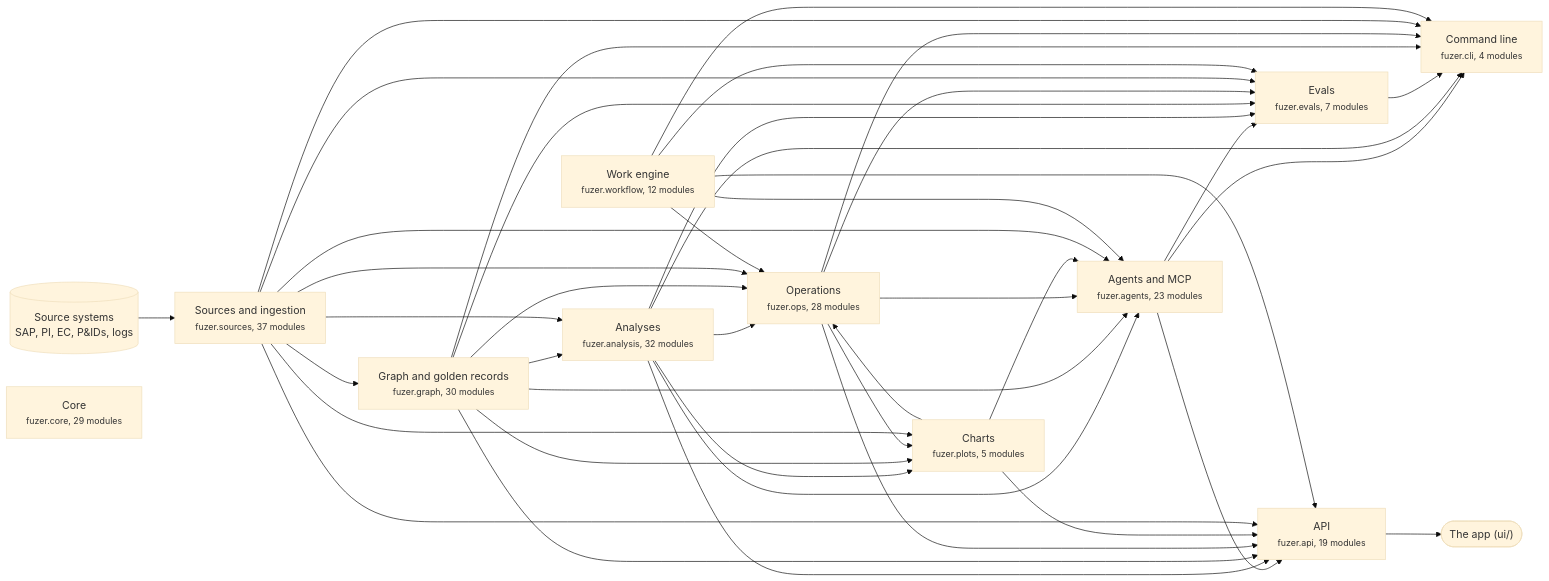
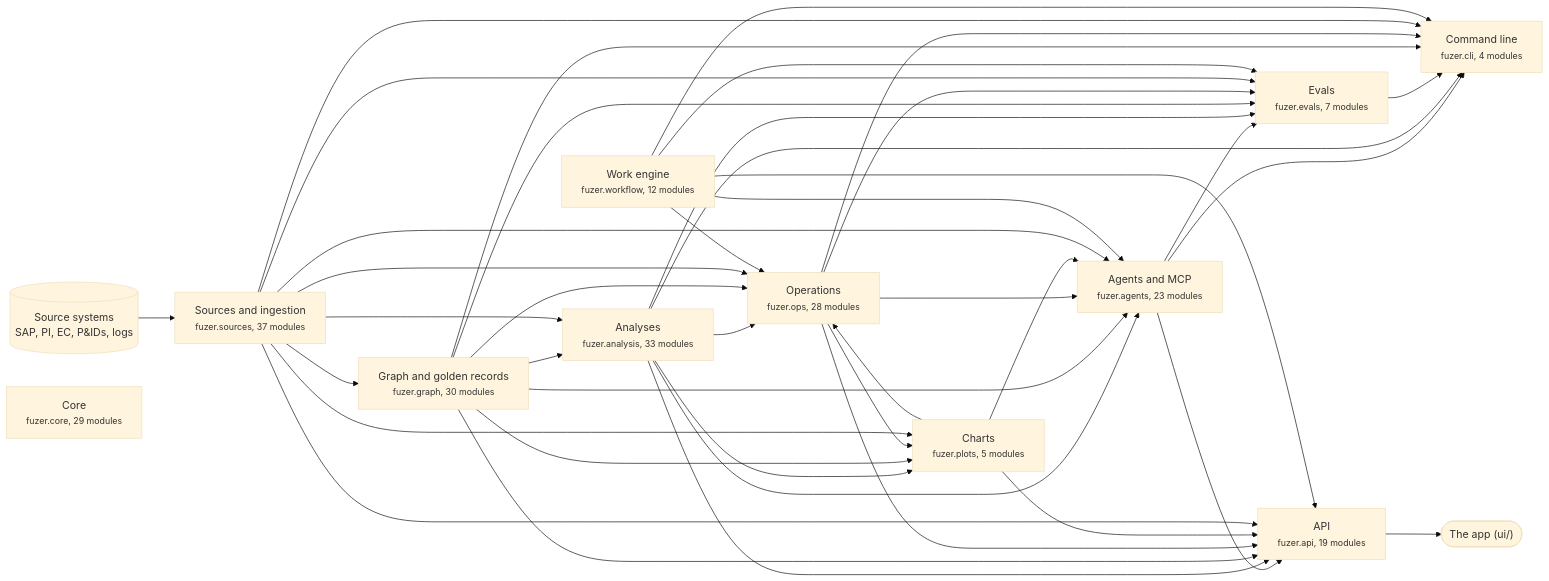
The first of 3 diagrams in docs/architecture.md (areed145/fuzer), drawn with Mermaid (base theme) before and after one commit. The commit also changed other lines of this file and 11 other files, not shown here.

````diff
--- a/docs/architecture.md
+++ b/docs/architecture.md
@@ -8,66 +8,66 @@
 ```mermaid
 flowchart LR
   systems[("Source systems<br>SAP, PI, EC, P&IDs, logs")] --> c_sources
   app(["The app (ui/)"])
   c_api --> app
   c_sources["Sources and ingestion<br><small>fuzer.sources, 37 modules</small>"]
   c_graph["Graph and golden records<br><small>fuzer.graph, 30 modules</small>"]
-  c_analysis["Analyses<br><small>fuzer.analysis, 32 modules</small>"]
+  c_analysis["Analyses<br><small>fuzer.analysis, 33 modules</small>"]
   c_ops["Operations<br><small>fuzer.ops, 28 modules</small>"]
   c_plots["Charts<br><small>fuzer.plots, 5 modules</small>"]
   c_workflow["Work engine<br><small>fuzer.workflow, 12 modules</small>"]
   c_agents["Agents and MCP<br><small>fuzer.agents, 23 modules</small>"]
   c_evals["Evals<br><small>fuzer.evals, 7 modules</small>"]
   c_api["API<br><small>fuzer.api, 19 modules</small>"]
   c_cli["Command line<br><small>fuzer.cli, 4 modules</small>"]
   c_core["Core<br><small>fuzer.core, 29 modules</small>"]
   c_sources --> c_graph
   c_graph --> c_analysis
   c_sources --> c_analysis
   c_analysis --> c_ops
   c_graph --> c_ops
   c_plots --> c_ops
   c_sources --> c_ops
   c_workflow --> c_ops
   c_analysis --> c_plots
   c_graph --> c_plots
   c_ops --> c_plots
   c_sources --> c_plots
   c_analysis --> c_agents
   c_graph --> c_agents
   c_ops --> c_agents
   c_plots --> c_agents
   c_sources --> c_agents
   c_workflow --> c_agents
   c_agents --> c_evals
   c_analysis --> c_evals
   c_graph --> c_evals
   c_ops --> c_evals
   c_sources --> c_evals
   c_workflow --> c_evals
   c_agents --> c_api
   c_analysis --> c_api
   c_graph --> c_api
   c_ops --> c_api
   c_plots --> c_api
   c_sources --> c_api
   c_workflow --> c_api
   c_agents --> c_cli
   c_analysis --> c_cli
   c_evals --> c_cli
   c_graph --> c_cli
   c_ops --> c_cli
   c_sources --> c_cli
   c_workflow --> c_cli
   click c_sources "https://github.com/areed145/fuzer/tree/main/src/fuzer/sources"
   click c_graph "https://github.com/areed145/fuzer/tree/main/src/fuzer/graph"
   click c_analysis "https://github.com/areed145/fuzer/tree/main/src/fuzer/analysis"
   click c_ops "https://github.com/areed145/fuzer/tree/main/src/fuzer/ops"
   click c_plots "https://github.com/areed145/fuzer/tree/main/src/fuzer/plots"
   click c_workflow "https://github.com/areed145/fuzer/tree/main/src/fuzer/workflow"
   click c_agents "https://github.com/areed145/fuzer/tree/main/src/fuzer/agents"
   click c_evals "https://github.com/areed145/fuzer/tree/main/src/fuzer/evals"
   click c_api "https://github.com/areed145/fuzer/tree/main/src/fuzer/api"
   click c_cli "https://github.com/areed145/fuzer/tree/main/src/fuzer/cli"
   click c_core "https://github.com/areed145/fuzer/tree/main/src/fuzer/core"
 ```
````
